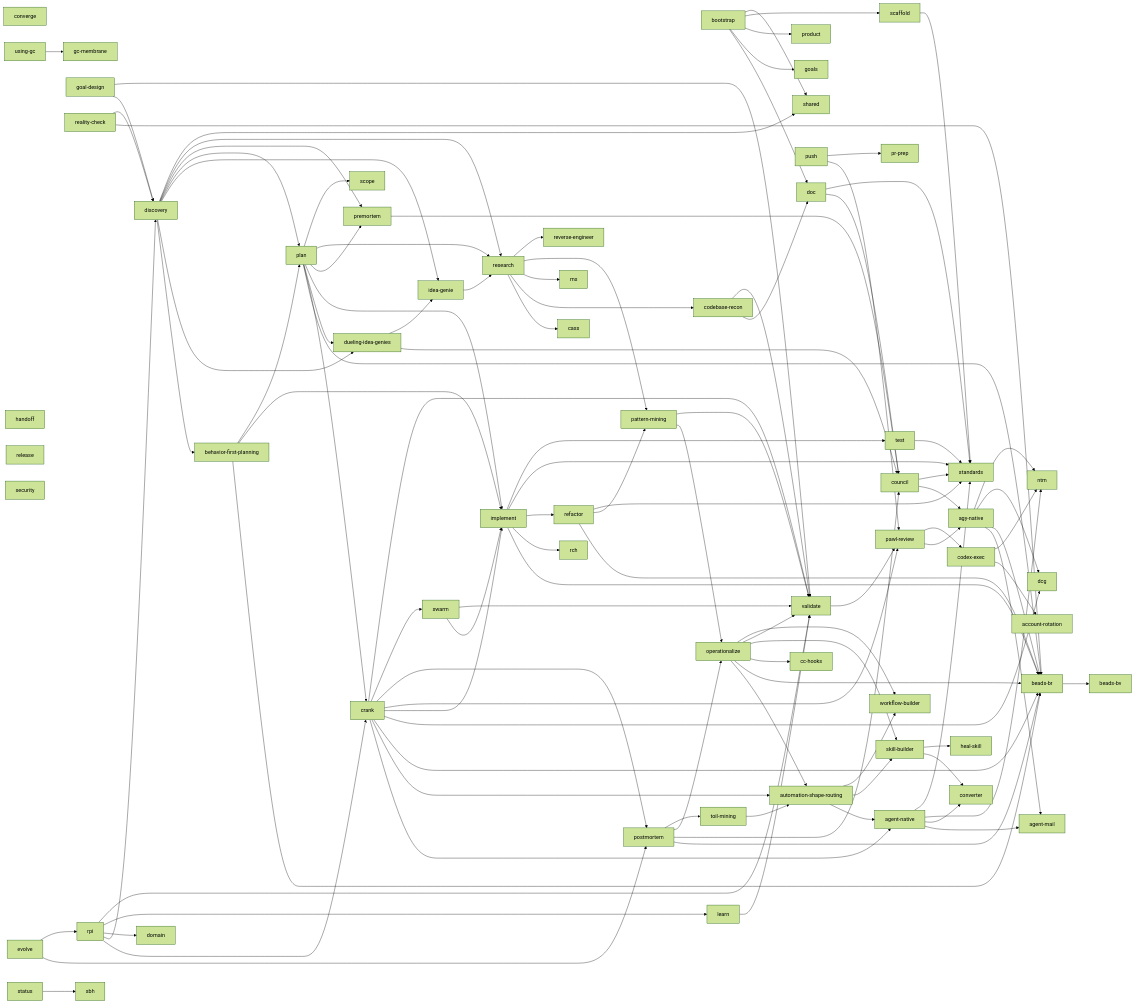
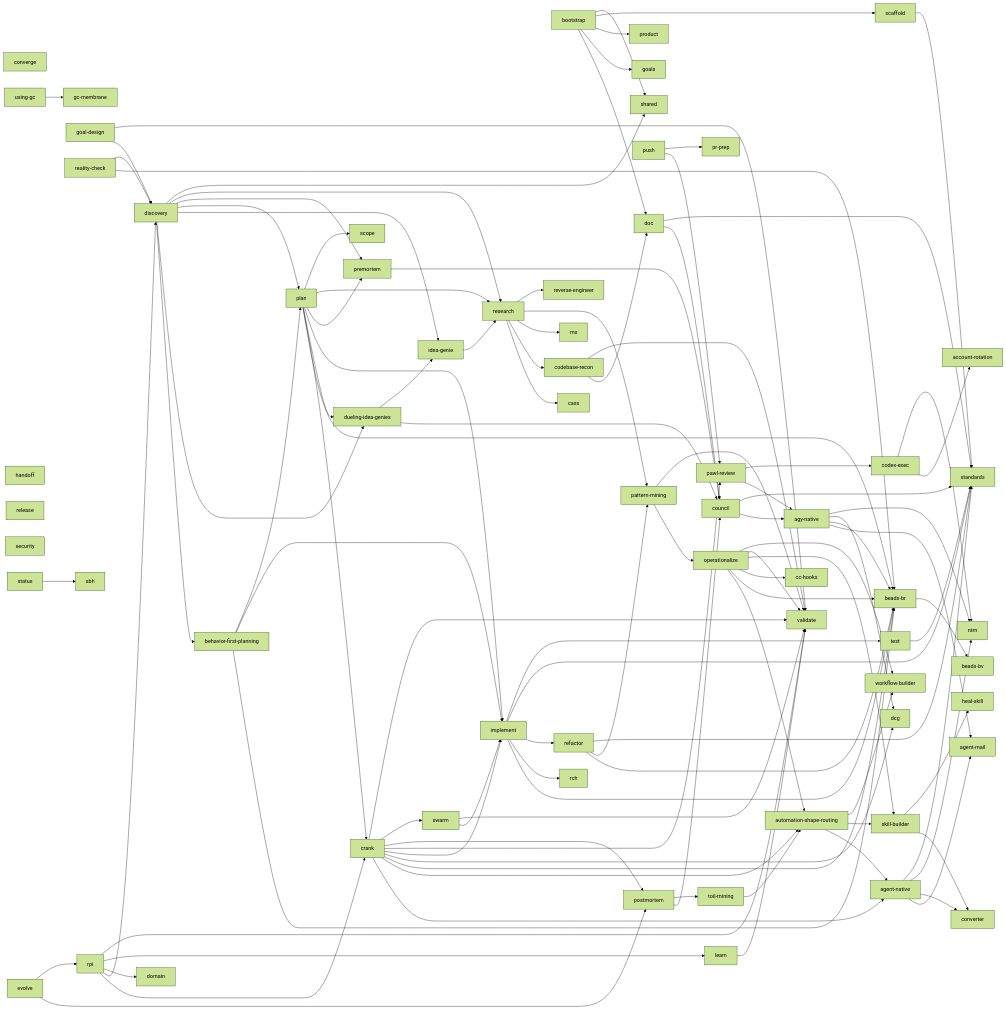
One commit to boshu2/agentops changed the first of 2 diagrams in docs/contracts/context-map.md. Above: the diagram before and after it, drawn with Mermaid (forest theme). The commit also changed other lines of this file and 70 other files, not shown here.

````diff
--- a/docs/contracts/context-map.md
+++ b/docs/contracts/context-map.md
@@ -235,9 +235,7 @@
   plan --> premortem
   plan --> research
   plan --> scope
-  postmortem --> beads_br
   postmortem --> council
-  postmortem --> operationalize
   postmortem --> toil_mining
   premortem --> council
   push --> pawl_review
@@ -266,5 +264,4 @@
   test --> standards
   toil_mining --> automation_shape_routing
   using_gc --> gc_membrane
-  validate --> pawl_review
 ```
````
